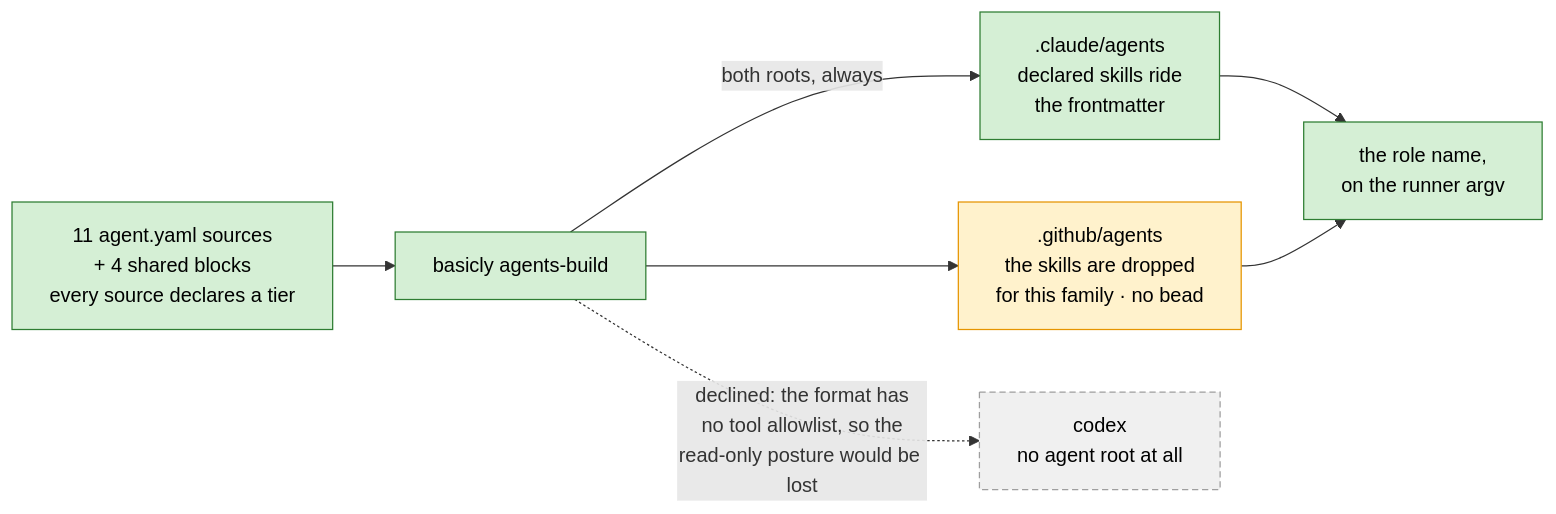
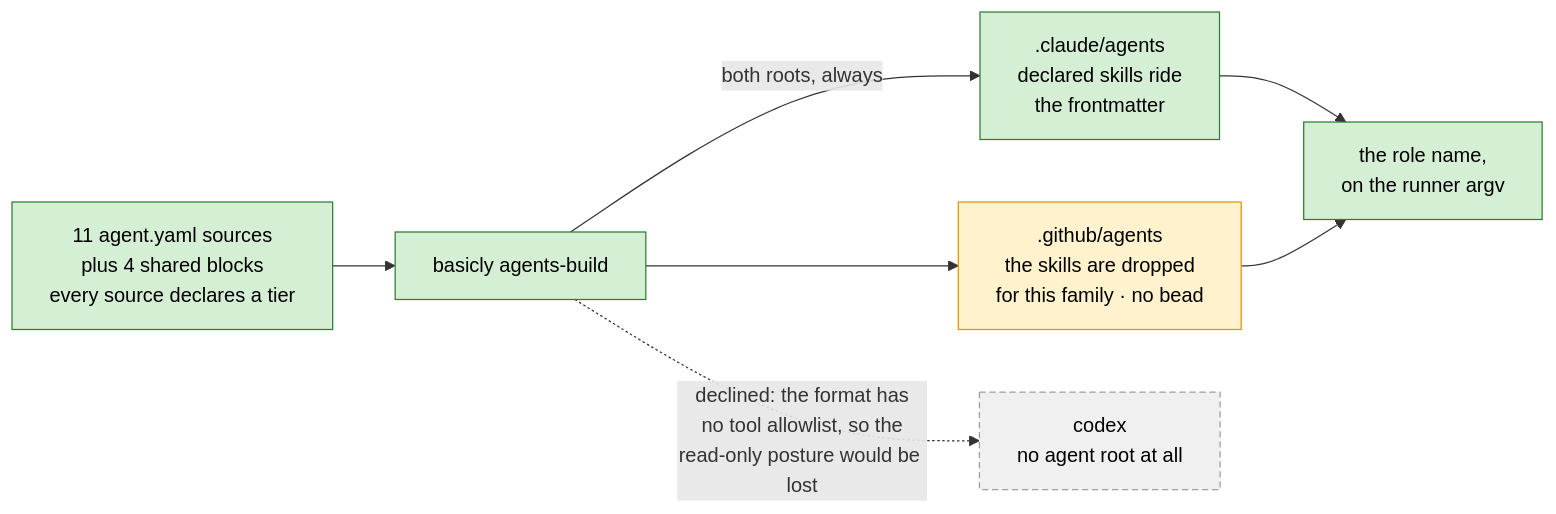
One commit to niksavis/basicly changed diagram 11 of 16 in docs/architecture/architecture.md. Above: the diagram before and after it, drawn with Mermaid. The commit also changed other lines of this file and 6 other files, not shown here.

First line of the commit message:
docs(architecture)!: replace the reference with the rewritten one

````diff
--- a/docs/architecture/architecture.md
+++ b/docs/architecture/architecture.md
@@ -2051,23 +2149,23 @@
 ```mermaid
 flowchart LR
-  csrc["11 agent.yaml sources<br/>+ 4 shared blocks<br/>every source declares a tier"]
+  csrc["11 agent.yaml sources<br/>plus 4 shared blocks<br/>every source declares a tier"]
   abuild["basicly agents-build"]
   pcl[".claude/agents<br/>declared skills ride<br/>the frontmatter"]
   pco[".github/agents<br/>the skills are dropped<br/>for this family · no bead"]
   pcx["codex<br/>no agent root at all"]
   argv["the role name,<br/>on the runner argv"]
 
   csrc --> abuild
   abuild -->|"both roots, always"| pcl
   abuild --> pco
   abuild -.->|"declined: the format has<br/>no tool allowlist, so the<br/>read-only posture would be lost"| pcx
   pcl --> argv
   pco --> argv
 
-  classDef built fill:#d5efd5,stroke:#2e7d32,color:#000
+  classDef shipped fill:#d5efd5,stroke:#2e7d32,color:#000
   classDef partial fill:#fff2cc,stroke:#e69500,color:#000
   classDef designed fill:#f0f0f0,stroke:#9e9e9e,color:#000,stroke-dasharray:5 3
-  class csrc,abuild,pcl,argv built
+  class csrc,abuild,pcl,argv shipped
   class pco partial
   class pcx designed
 ```
````
